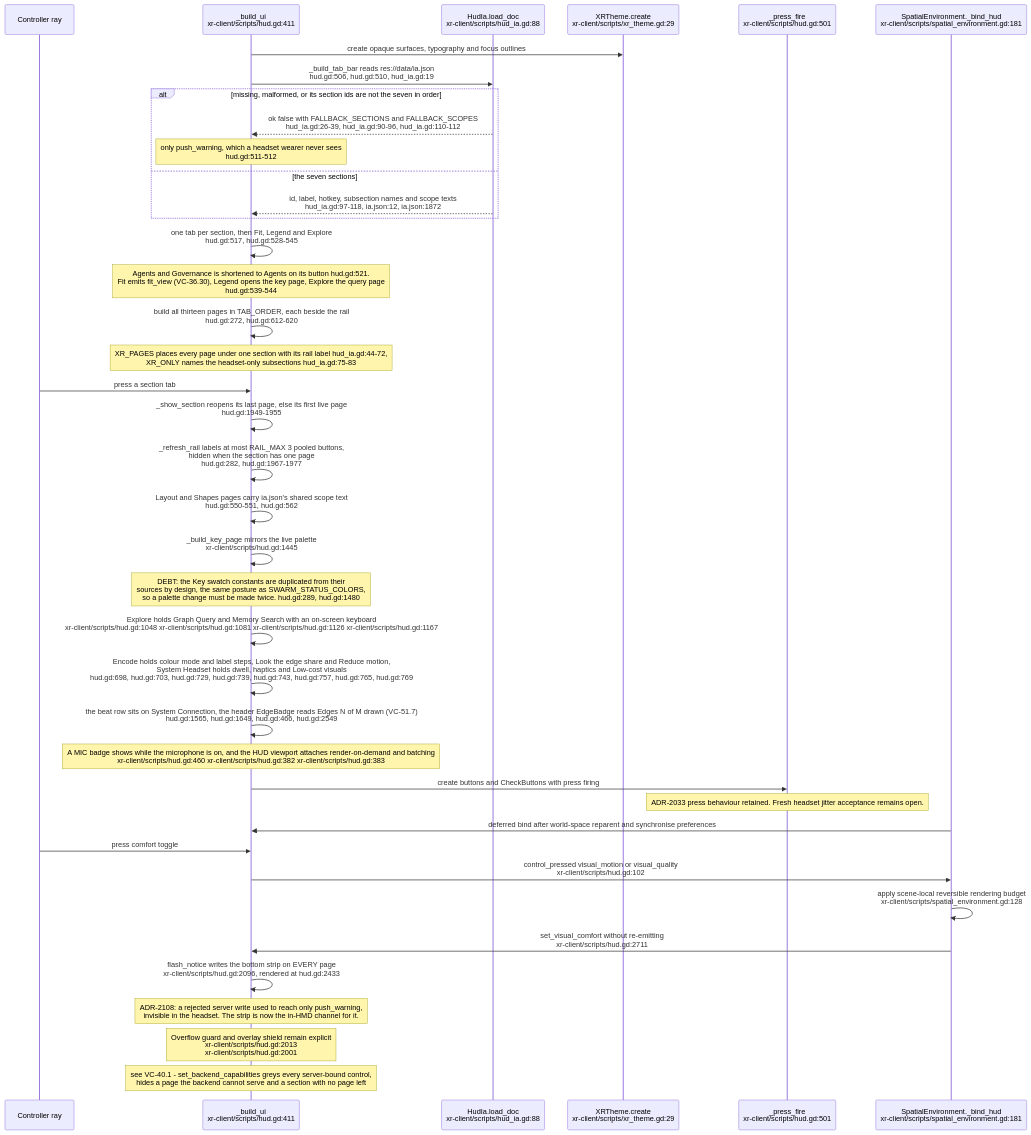
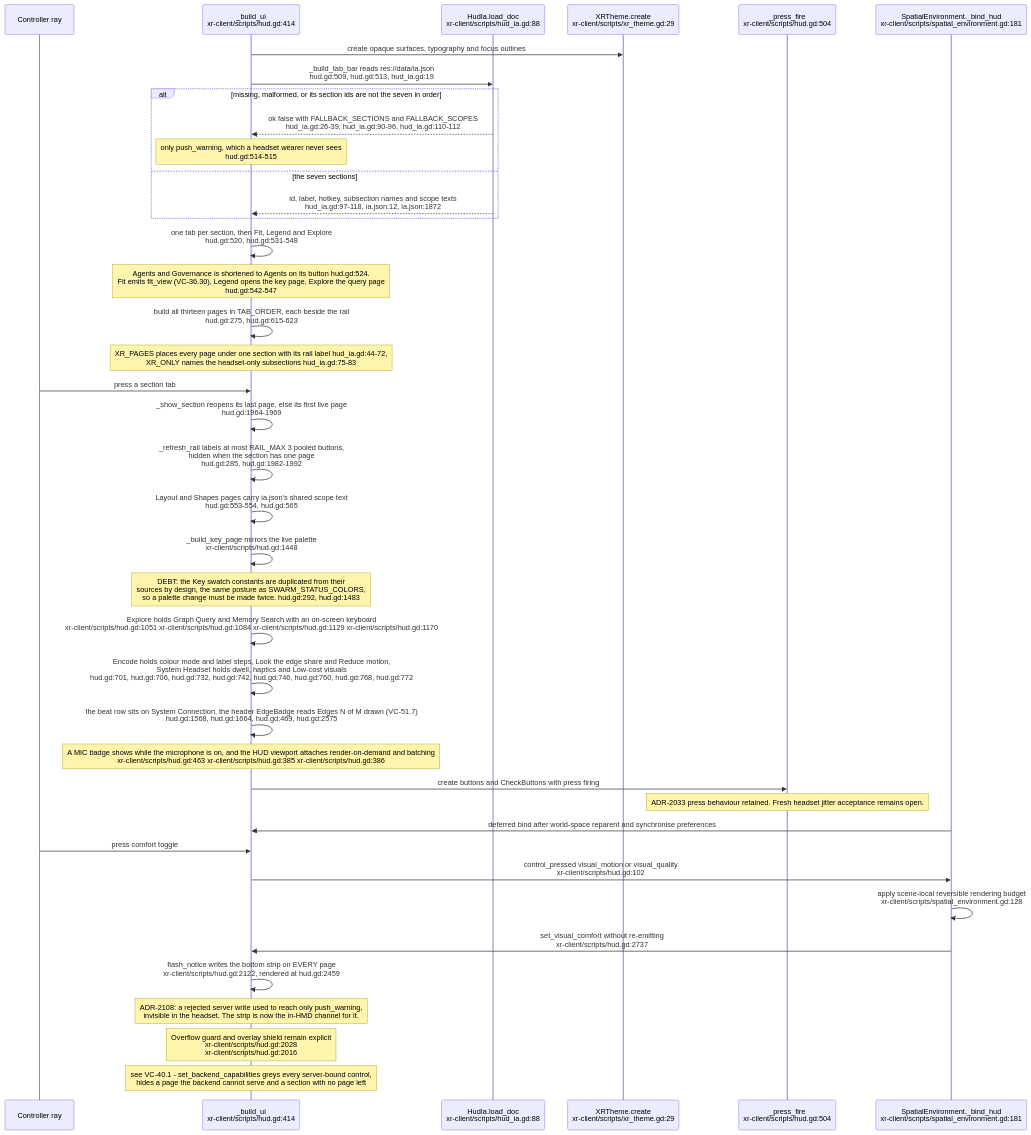
One commit to DreamLab-AI/VisionFlow changed the eighth of 30 diagrams in docs/diagrams/visionclaw/36-godot-xr-client.md. Above: the diagram before and after it, drawn with Mermaid. The commit also changed other lines of this file and 24 other files, not shown here.

Commit message:
docs: align XR liveness, filtering and rendering diagrams (#33)

````diff
--- a/docs/diagrams/visionclaw/36-godot-xr-client.md
+++ b/docs/diagrams/visionclaw/36-godot-xr-client.md
@@ -504,42 +517,42 @@
 ```mermaid
 sequenceDiagram
     participant W as Controller ray
-    participant HUD as _build_ui<br/>xr-client/scripts/hud.gd:411
+    participant HUD as _build_ui<br/>xr-client/scripts/hud.gd:414
     participant IA as HudIa.load_doc<br/>xr-client/scripts/hud_ia.gd:88
     participant Theme as XRTheme.create<br/>xr-client/scripts/xr_theme.gd:29
-    participant Press as _press_fire<br/>xr-client/scripts/hud.gd:501
+    participant Press as _press_fire<br/>xr-client/scripts/hud.gd:504
     participant Env as SpatialEnvironment._bind_hud<br/>xr-client/scripts/spatial_environment.gd:181
     HUD->>Theme: create opaque surfaces, typography and focus outlines
-    HUD->>IA: _build_tab_bar reads res://data/ia.json<br/>hud.gd:506, hud.gd:510, hud_ia.gd:19
+    HUD->>IA: _build_tab_bar reads res://data/ia.json<br/>hud.gd:509, hud.gd:513, hud_ia.gd:19
     alt missing, malformed, or its section ids are not the seven in order
         IA-->>HUD: ok false with FALLBACK_SECTIONS and FALLBACK_SCOPES<br/>hud_ia.gd:26-39, hud_ia.gd:90-96, hud_ia.gd:110-112
-        Note over HUD: only push_warning, which a headset wearer never sees<br/>hud.gd:511-512
+        Note over HUD: only push_warning, which a headset wearer never sees<br/>hud.gd:514-515
     else the seven sections
         IA-->>HUD: id, label, hotkey, subsection names and scope texts<br/>hud_ia.gd:97-118, ia.json:12, ia.json:1872
     end
-    HUD->>HUD: one tab per section, then Fit, Legend and Explore<br/>hud.gd:517, hud.gd:528-545
-    Note over HUD: Agents and Governance is shortened to Agents on its button hud.gd:521.<br/>Fit emits fit_view (VC-36.30), Legend opens the key page, Explore the query page<br/>hud.gd:539-544
-    HUD->>HUD: build all thirteen pages in TAB_ORDER, each beside the rail<br/>hud.gd:272, hud.gd:612-620
+    HUD->>HUD: one tab per section, then Fit, Legend and Explore<br/>hud.gd:520, hud.gd:531-548
+    Note over HUD: Agents and Governance is shortened to Agents on its button hud.gd:524.<br/>Fit emits fit_view (VC-36.30), Legend opens the key page, Explore the query page<br/>hud.gd:542-547
+    HUD->>HUD: build all thirteen pages in TAB_ORDER, each beside the rail<br/>hud.gd:275, hud.gd:615-623
     Note over HUD: XR_PAGES places every page under one section with its rail label hud_ia.gd:44-72,<br/>XR_ONLY names the headset-only subsections hud_ia.gd:75-83
     W->>HUD: press a section tab
-    HUD->>HUD: _show_section reopens its last page, else its first live page<br/>hud.gd:1949-1955
-    HUD->>HUD: _refresh_rail labels at most RAIL_MAX 3 pooled buttons,<br/>hidden when the section has one page<br/>hud.gd:282, hud.gd:1967-1977
-    HUD->>HUD: Layout and Shapes pages carry ia.json's shared scope text<br/>hud.gd:550-551, hud.gd:562
-    HUD->>HUD: _build_key_page mirrors the live palette<br/>xr-client/scripts/hud.gd:1445
-    Note over HUD: DEBT: the Key swatch constants are duplicated from their<br/>sources by design, the same posture as SWARM_STATUS_COLORS,<br/>so a palette change must be made twice. hud.gd:289, hud.gd:1480
-    HUD->>HUD: Explore holds Graph Query and Memory Search with an on-screen keyboard<br/>xr-client/scripts/hud.gd:1048 xr-client/scripts/hud.gd:1081 xr-client/scripts/hud.gd:1126 xr-client/scripts/hud.gd:1167
-    HUD->>HUD: Encode holds colour mode and label steps, Look the edge share and Reduce motion,<br/>System Headset holds dwell, haptics and Low-cost visuals<br/>hud.gd:698, hud.gd:703, hud.gd:729, hud.gd:739, hud.gd:743, hud.gd:757, hud.gd:765, hud.gd:769
-    HUD->>HUD: the beat row sits on System Connection, the header EdgeBadge reads Edges N of M drawn (VC-51.7)<br/>hud.gd:1565, hud.gd:1649, hud.gd:466, hud.gd:2549
-    Note over HUD: A MIC badge shows while the microphone is on, and the HUD viewport attaches render-on-demand and batching<br/>xr-client/scripts/hud.gd:460 xr-client/scripts/hud.gd:382 xr-client/scripts/hud.gd:383
+    HUD->>HUD: _show_section reopens its last page, else its first live page<br/>hud.gd:1964-1969
+    HUD->>HUD: _refresh_rail labels at most RAIL_MAX 3 pooled buttons,<br/>hidden when the section has one page<br/>hud.gd:285, hud.gd:1982-1992
+    HUD->>HUD: Layout and Shapes pages carry ia.json's shared scope text<br/>hud.gd:553-554, hud.gd:565
+    HUD->>HUD: _build_key_page mirrors the live palette<br/>xr-client/scripts/hud.gd:1448
+    Note over HUD: DEBT: the Key swatch constants are duplicated from their<br/>sources by design, the same posture as SWARM_STATUS_COLORS,<br/>so a palette change must be made twice. hud.gd:292, hud.gd:1483
+    HUD->>HUD: Explore holds Graph Query and Memory Search with an on-screen keyboard<br/>xr-client/scripts/hud.gd:1051 xr-client/scripts/hud.gd:1084 xr-client/scripts/hud.gd:1129 xr-client/scripts/hud.gd:1170
+    HUD->>HUD: Encode holds colour mode and label steps, Look the edge share and Reduce motion,<br/>System Headset holds dwell, haptics and Low-cost visuals<br/>hud.gd:701, hud.gd:706, hud.gd:732, hud.gd:742, hud.gd:746, hud.gd:760, hud.gd:768, hud.gd:772
+    HUD->>HUD: the beat row sits on System Connection, the header EdgeBadge reads Edges N of M drawn (VC-51.7)<br/>hud.gd:1568, hud.gd:1664, hud.gd:469, hud.gd:2575
+    Note over HUD: A MIC badge shows while the microphone is on, and the HUD viewport attaches render-on-demand and batching<br/>xr-client/scripts/hud.gd:463 xr-client/scripts/hud.gd:385 xr-client/scripts/hud.gd:386
     HUD->>Press: create buttons and CheckButtons with press firing
     Note over Press: ADR-2033 press behaviour retained. Fresh headset jitter acceptance remains open.
     Env->>HUD: deferred bind after world-space reparent and synchronise preferences
     W->>HUD: press comfort toggle
     HUD->>Env: control_pressed visual_motion or visual_quality<br/>xr-client/scripts/hud.gd:102
     Env->>Env: apply scene-local reversible rendering budget<br/>xr-client/scripts/spatial_environment.gd:128
-    Env->>HUD: set_visual_comfort without re-emitting<br/>xr-client/scripts/hud.gd:2711
-    HUD->>HUD: flash_notice writes the bottom strip on EVERY page<br/>xr-client/scripts/hud.gd:2096, rendered at hud.gd:2433
+    Env->>HUD: set_visual_comfort without re-emitting<br/>xr-client/scripts/hud.gd:2737
+    HUD->>HUD: flash_notice writes the bottom strip on EVERY page<br/>xr-client/scripts/hud.gd:2122, rendered at hud.gd:2459
     Note over HUD: ADR-2108: a rejected server write used to reach only push_warning,<br/>invisible in the headset. The strip is now the in-HMD channel for it.
-    Note over HUD: Overflow guard and overlay shield remain explicit<br/>xr-client/scripts/hud.gd:2013<br/>xr-client/scripts/hud.gd:2001
+    Note over HUD: Overflow guard and overlay shield remain explicit<br/>xr-client/scripts/hud.gd:2028<br/>xr-client/scripts/hud.gd:2016
     Note over HUD: see VC-40.1 - set_backend_capabilities greys every server-bound control,<br/>hides a page the backend cannot serve and a section with no page left
 ```
````
